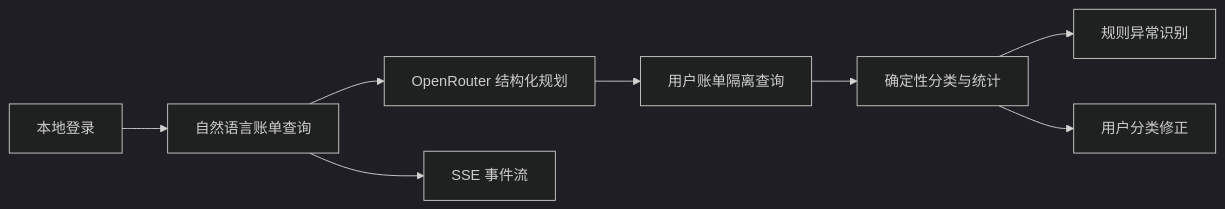
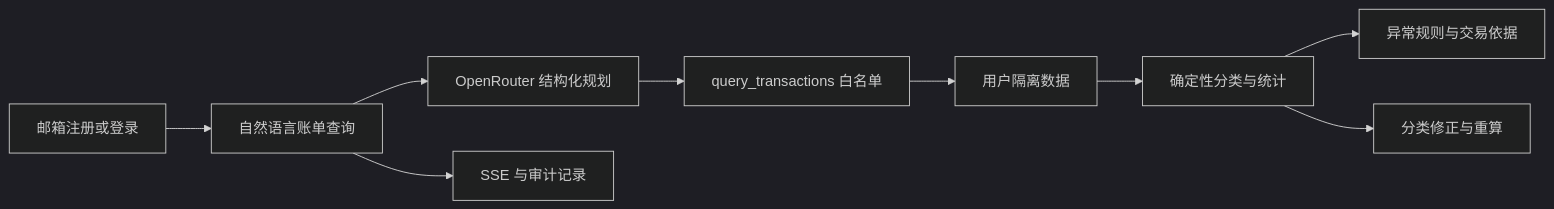
One commit to Masterora/bankpilot-agent changed the diagram in docs/CURRENT_STATE.md. Above: the diagram before and after it, drawn with Mermaid (dark theme). The commit also changed other lines of this file and 24 other files, not shown here.

````diff
--- a/docs/CURRENT_STATE.md
+++ b/docs/CURRENT_STATE.md
@@ -7,10 +11,11 @@
 ```mermaid
 flowchart LR
-    U[本地登录] --> Q[自然语言账单查询]
+    U[邮箱注册或登录] --> Q[自然语言账单查询]
     Q --> M[OpenRouter 结构化规划]
-    M --> B[用户账单隔离查询]
-    B --> C[确定性分类与统计]
-    C --> A[规则异常识别]
-    C --> F[用户分类修正]
-    Q --> E[SSE 事件流]
+    M --> W[query_transactions 白名单]
+    W --> D[用户隔离数据]
+    D --> C[确定性分类与统计]
+    C --> A[异常规则与交易依据]
+    C --> F[分类修正与重算]
+    Q --> E[SSE 与审计记录]
 ```
````
